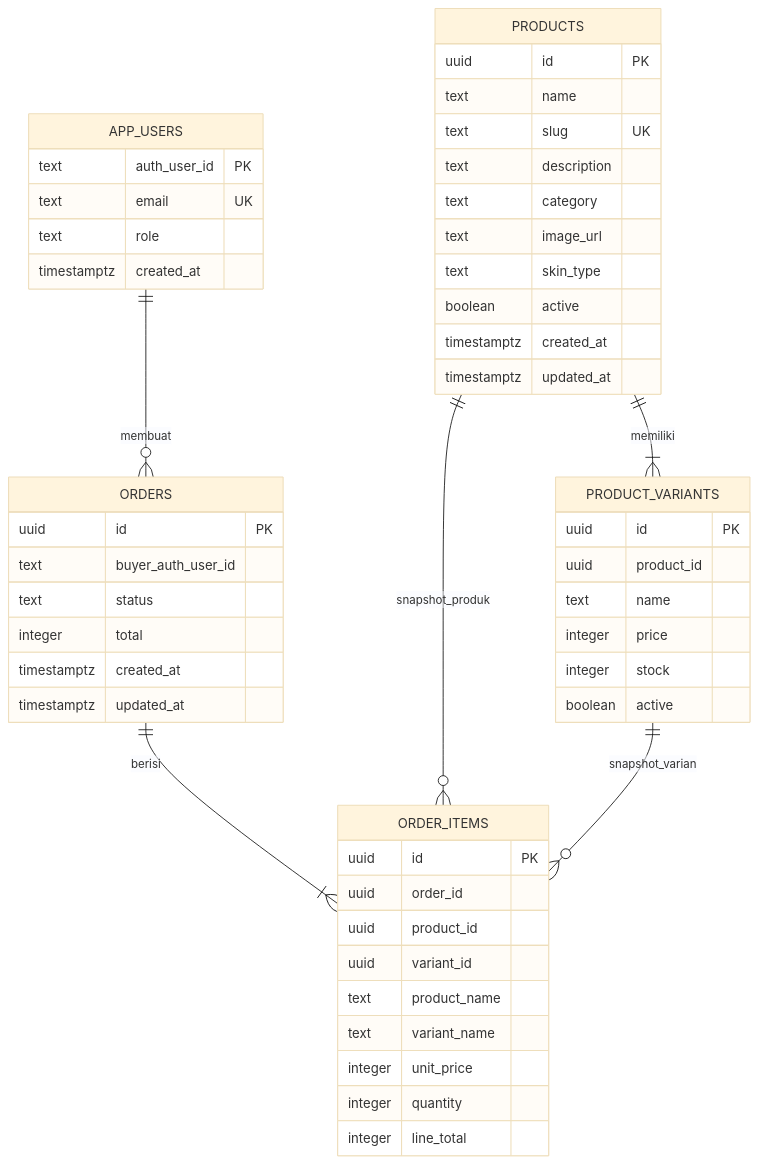
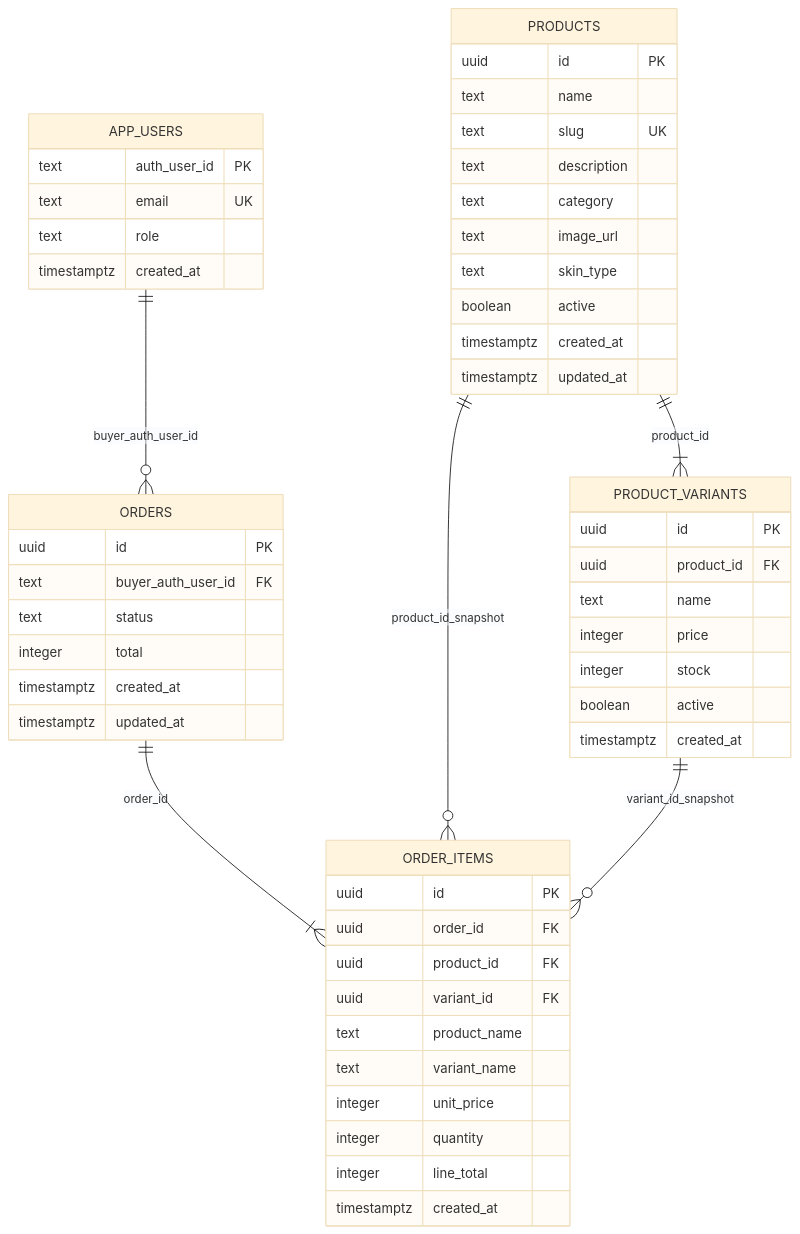
The diagram in README.md (RaihanIlhamHabibi/Ecommerce), drawn with Mermaid (base theme) before and after one commit.

Commit message:
Fix ERD to match database schema

````diff
--- a/README.md
+++ b/README.md
@@ -16,53 +16,55 @@
 ```mermaid
 erDiagram
   APP_USERS {
     text auth_user_id PK
     text email UK
     text role
     timestamptz created_at
   }
   PRODUCTS {
     uuid id PK
     text name
     text slug UK
     text description
     text category
     text image_url
     text skin_type
     boolean active
     timestamptz created_at
     timestamptz updated_at
   }
   PRODUCT_VARIANTS {
     uuid id PK
-    uuid product_id
+    uuid product_id FK
     text name
     integer price
     integer stock
     boolean active
+    timestamptz created_at
   }
   ORDERS {
     uuid id PK
-    text buyer_auth_user_id
+    text buyer_auth_user_id FK
     text status
     integer total
     timestamptz created_at
     timestamptz updated_at
   }
   ORDER_ITEMS {
     uuid id PK
-    uuid order_id
-    uuid product_id
-    uuid variant_id
+    uuid order_id FK
+    uuid product_id FK
+    uuid variant_id FK
     text product_name
     text variant_name
     integer unit_price
     integer quantity
     integer line_total
+    timestamptz created_at
   }
-  PRODUCTS ||--|{ PRODUCT_VARIANTS : memiliki
-  APP_USERS ||--o{ ORDERS : membuat
-  ORDERS ||--|{ ORDER_ITEMS : berisi
-  PRODUCTS ||--o{ ORDER_ITEMS : snapshot_produk
-  PRODUCT_VARIANTS ||--o{ ORDER_ITEMS : snapshot_varian
+  PRODUCTS ||--|{ PRODUCT_VARIANTS : product_id
+  APP_USERS ||--o{ ORDERS : buyer_auth_user_id
+  ORDERS ||--|{ ORDER_ITEMS : order_id
+  PRODUCTS ||--o{ ORDER_ITEMS : product_id_snapshot
+  PRODUCT_VARIANTS ||--o{ ORDER_ITEMS : variant_id_snapshot
 ```
````
